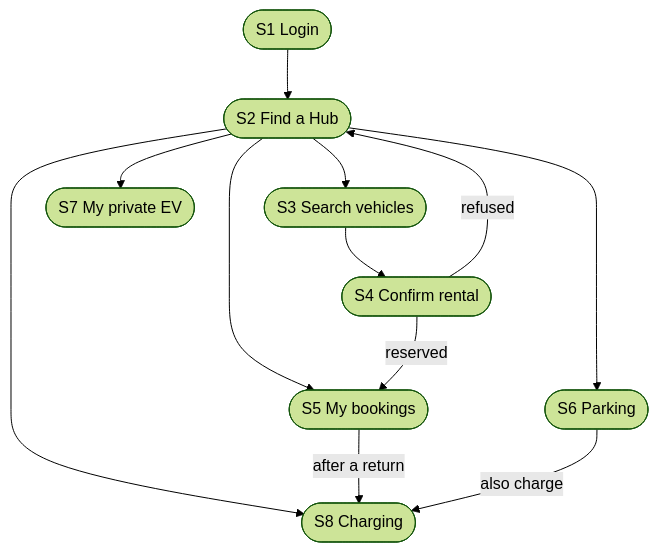
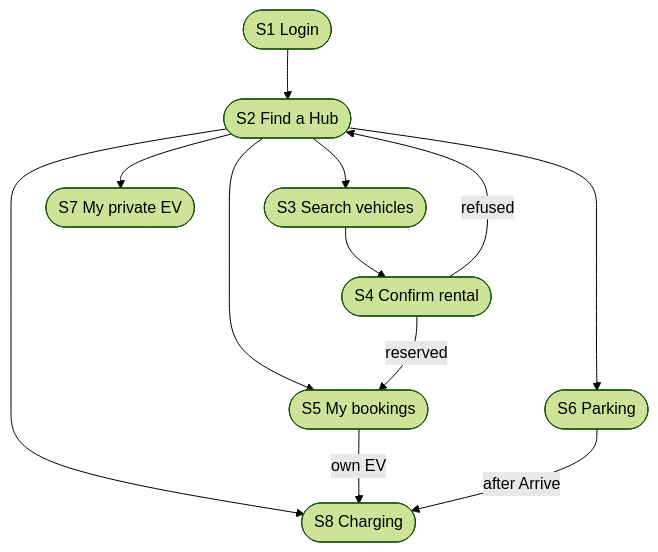
Before and after one commit to MabC06/smart-e-mobility-hub: the first of 2 diagrams in docs/design/ui/ui-flow-diagrams.md, drawn with Mermaid (forest theme). The commit also changed other lines of this file and 19 other files, not shown here.

````diff
--- a/docs/design/ui/ui-flow-diagrams.md
+++ b/docs/design/ui/ui-flow-diagrams.md
@@ -9,15 +9,15 @@
 ```mermaid
 flowchart TD
     S1([S1 Login]) --> S2([S2 Find a Hub])
     S2 --> S3([S3 Search vehicles])
     S2 --> S5([S5 My bookings])
     S2 --> S6([S6 Parking])
     S2 --> S7([S7 My private EV])
     S2 --> S8([S8 Charging])
     S3 --> S4([S4 Confirm rental])
     S4 -->|reserved| S5
     S4 -->|refused| S2
-    S5 -->|after a return| S8
-    S6 -->|also charge| S8
+    S5 -->|own EV| S8
+    S6 -->|after Arrive| S8
 
 ```
````
